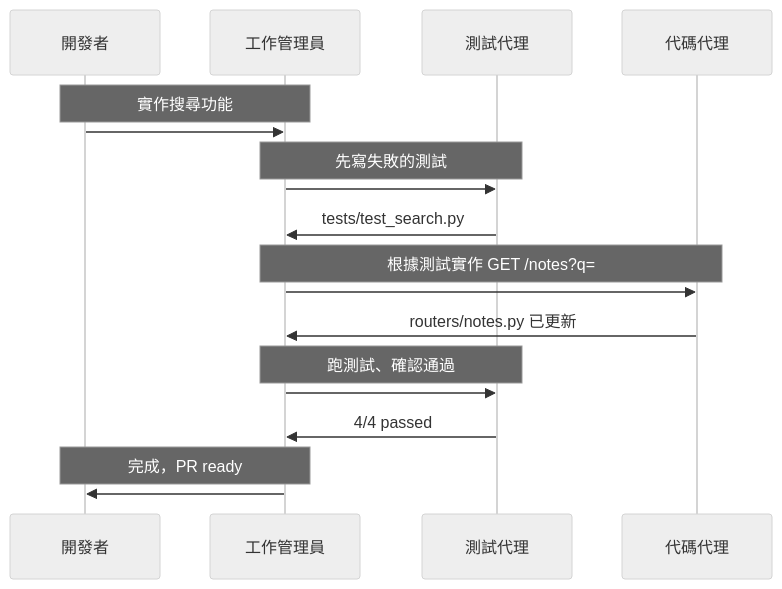
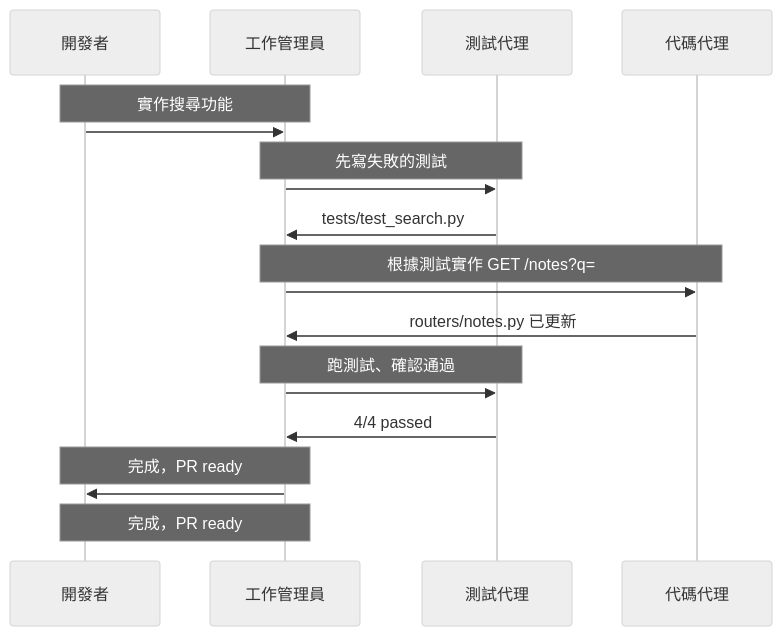
One commit to a920604a/engineernews changed the third of 4 diagrams in src/content/posts/learning/2026-05-05-stanford-cs146s-vibe-coding.md. Above: the diagram before and after it, drawn with Mermaid (neutral theme). The commit also changed 5 other files, not shown here.

Commit message:
fix: auto-fix mermaid syntax errors in posts

````diff
--- a/src/content/posts/learning/2026-05-05-stanford-cs146s-vibe-coding.md
+++ b/src/content/posts/learning/2026-05-05-stanford-cs146s-vibe-coding.md
@@ -264,20 +264,21 @@
 ```mermaid
 sequenceDiagram
   participant Developer as 開發者
   participant Orchestrator as 工作管理員
   participant TestAgent as 測試代理
   participant CodeAgent as 代碼代理
   Note over Developer,Orchestrator: 實作搜尋功能
   Developer->>Orchestrator: 
   Note over Orchestrator,TestAgent: 先寫失敗的測試
   Orchestrator->>TestAgent: 
   TestAgent->>Orchestrator: tests/test_search.py
   Note over Orchestrator,CodeAgent: 根據測試實作 GET /notes?q=
   Orchestrator->>CodeAgent: 
   CodeAgent->>Orchestrator: routers/notes.py 已更新
   Note over Orchestrator,TestAgent: 跑測試、確認通過
   Orchestrator->>TestAgent: 
   TestAgent->>Orchestrator: 4/4 passed
   Note over Orchestrator,Developer: 完成，PR ready
-  Orchestrator->>Developer:
+  Orchestrator->>Developer: 
+  Note over Developer,Orchestrator: 完成，PR ready
 ```
````
